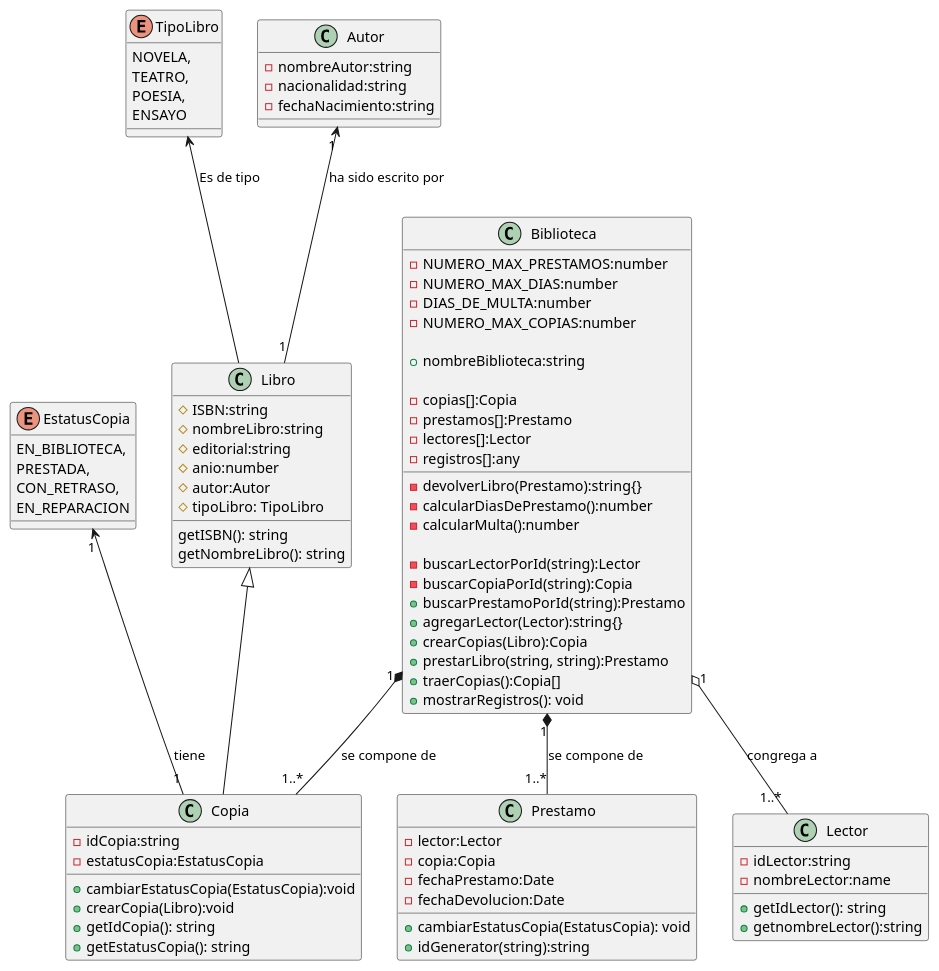
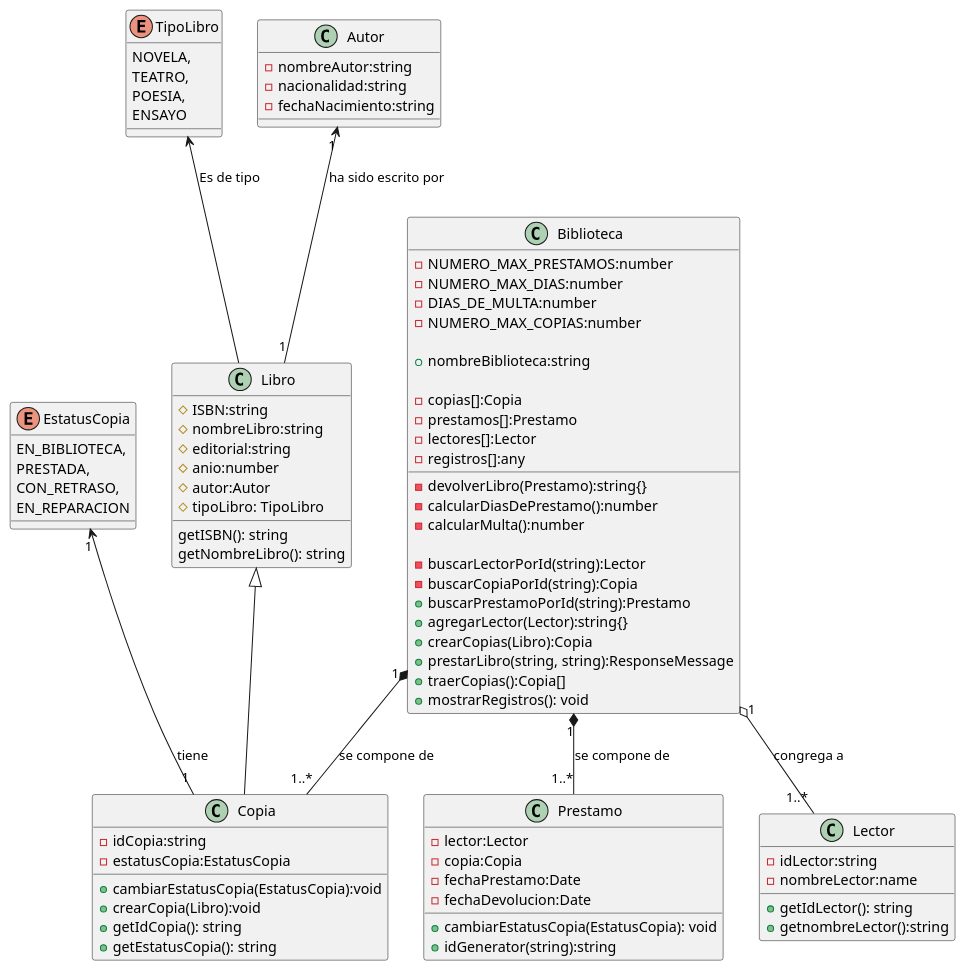
Before and after one commit to wilmansirit/UMLs: the diagram in Biblioteca/laBiblioteca.puml, drawn with PlantUML. The commit also changed 4 other files, not shown here.

Commit message:
Creando las funciones prestarLibro(), getEstatusCopia() y cambiarEstatusCopia()

```diff
--- a/Biblioteca/laBiblioteca.puml
+++ b/Biblioteca/laBiblioteca.puml
@@ -1,98 +1,98 @@
 @startuml "La biblioteca"
 
 class Libro {
     # ISBN:string
     # nombreLibro:string
     # editorial:string
     # anio:number
     # autor:Autor
     # tipoLibro: TipoLibro
 
     getISBN(): string
     getNombreLibro(): string
 
 }
 
 enum TipoLibro {
     NOVELA,
     TEATRO,
     POESIA,
     ENSAYO
 }
 
 class Autor {
     - nombreAutor:string
     - nacionalidad:string
     - fechaNacimiento:string
 }
 
 class Copia extends Libro {
     - idCopia:string
     - estatusCopia:EstatusCopia
     + cambiarEstatusCopia(EstatusCopia):void
     + crearCopia(Libro):void
     + getIdCopia(): string
     + getEstatusCopia(): string 
 }
 
 enum EstatusCopia {
     EN_BIBLIOTECA,
     PRESTADA,
     CON_RETRASO,
     EN_REPARACION
 }
 
 class Biblioteca {
 
     - NUMERO_MAX_PRESTAMOS:number
     - NUMERO_MAX_DIAS:number
     - DIAS_DE_MULTA:number
     - NUMERO_MAX_COPIAS:number
 
     + nombreBiblioteca:string
 
     - copias[]:Copia
     - prestamos[]:Prestamo
     - lectores[]:Lector
     - registros[]:any
 
     - devolverLibro(Prestamo):string{}
     - calcularDiasDePrestamo():number
     - calcularMulta():number
 
     - buscarLectorPorId(string):Lector
     - buscarCopiaPorId(string):Copia
     + buscarPrestamoPorId(string):Prestamo
     + agregarLector(Lector):string{}
     + crearCopias(Libro):Copia
-    + prestarLibro(string, string):Prestamo
+    + prestarLibro(string, string):ResponseMessage
     + traerCopias():Copia[]
     + mostrarRegistros(): void
 }
 
 class Lector {
     - idLector:string
     - nombreLector:name
 
     + getIdLector(): string
     + getnombreLector():string
 }
 
 class Prestamo {
     - lector:Lector
     - copia:Copia
     - fechaPrestamo:Date
     - fechaDevolucion:Date
 
     + cambiarEstatusCopia(EstatusCopia): void
     + idGenerator(string):string
 }
 
 TipoLibro <-- Libro: "Es de tipo"
 Autor "1" <-- "1" Libro: "ha sido escrito por"
 EstatusCopia "1" <-- "1" Copia: "tiene"
 Biblioteca "1" o-- "1..*" Lector: "congrega a"
 Biblioteca "1" *-- "1..*" Copia: "se compone de"
 Biblioteca "1" *-- "1..*" Prestamo: "se compone de"
 
 @enduml
```
